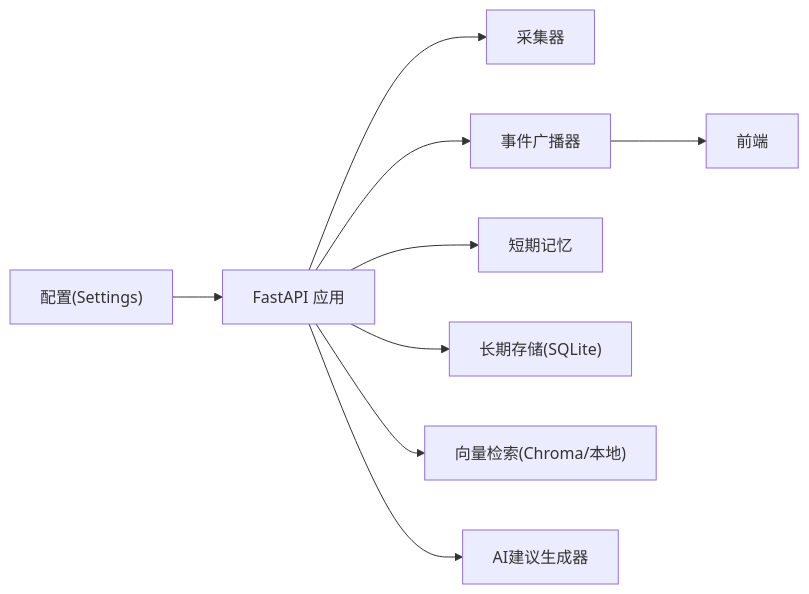
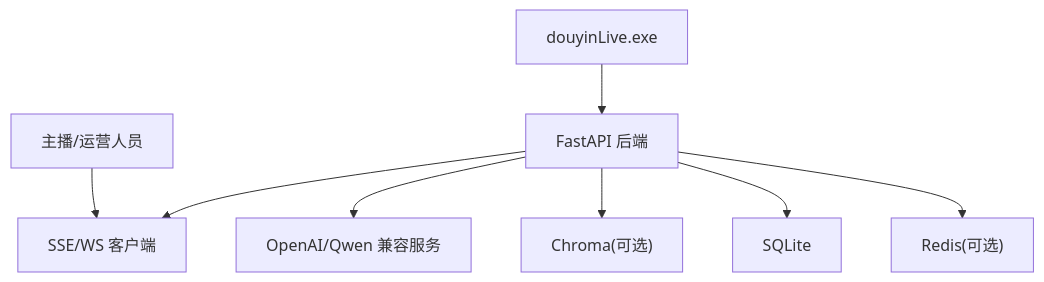
The eighth of 9 diagrams in .qoder/repowiki/zh/content/系统架构/系统架构.md (Moon-Force/DouYin_llm), drawn with Mermaid before and after one commit. The commit also changed other lines of this file and 218 other files, not shown here.

````diff
--- a/.qoder/repowiki/zh/content/系统架构/系统架构.md
+++ b/.qoder/repowiki/zh/content/系统架构/系统架构.md
@@ -317,11 +410,18 @@
 ```mermaid
-graph LR
-Config["配置(Settings)"] --> App["FastAPI 应用"]
-App --> Collector["采集器"]
-App --> Broker["事件广播器"]
-App --> MemS["短期记忆"]
-App --> MemL["长期存储(SQLite)"]
-App --> MemV["向量检索(Chroma/本地)"]
-App --> Agent["AI建议生成器"]
-Broker --> FE["前端"]
+graph TB
+User["主播/运营人员"]
+Tool["douyinLive.exe"]
+API["FastAPI 后端"]
+SSE["SSE/WS 客户端"]
+Redis["Redis(可选)"]
+SQLite["SQLite"]
+Chroma["Chroma(可选)"]
+LLM["OpenAI/Qwen 兼容服务"]
+User --> SSE
+Tool --> API
+API --> Redis
+API --> SQLite
+API --> Chroma
+API --> LLM
+API --> SSE
 ```
````
